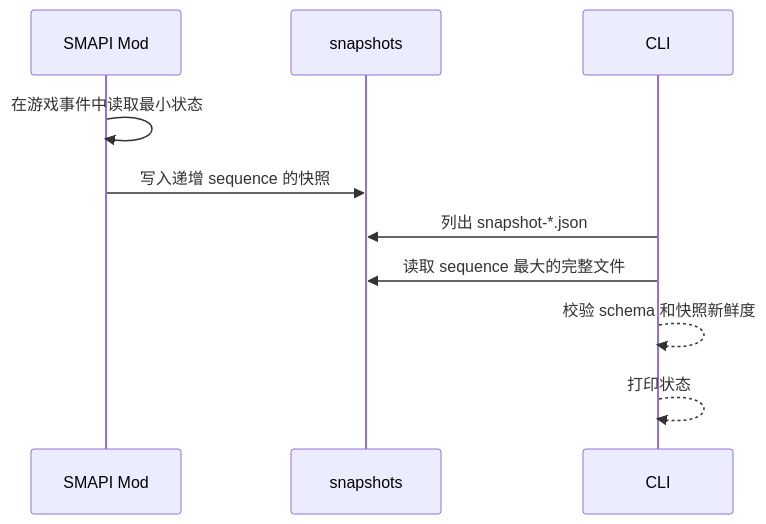
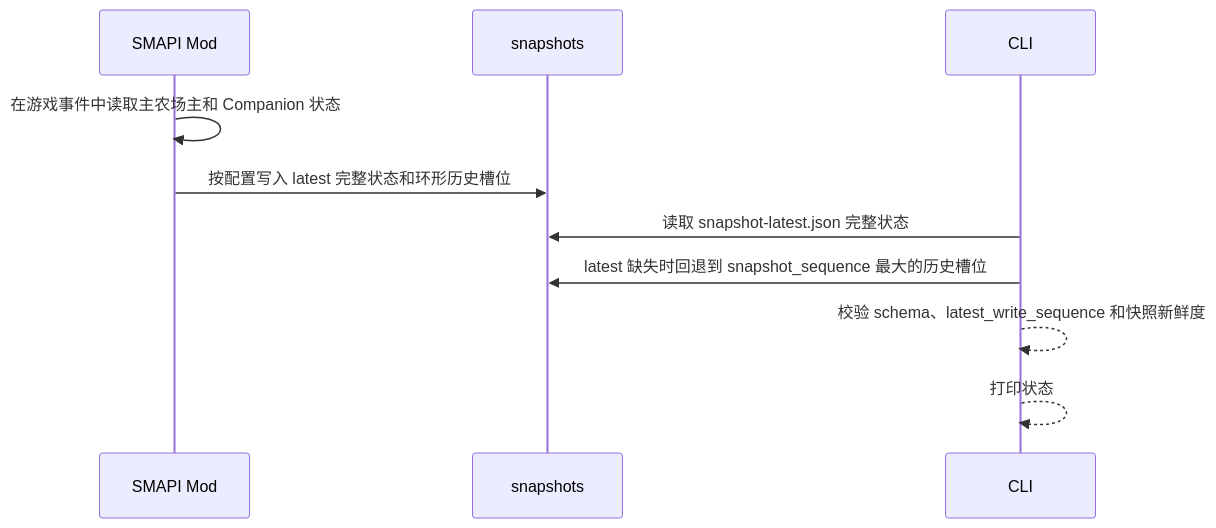
Before and after one commit to convexwf/stardew-agent: the third of 4 diagrams in doc/demo/cli-file-bridge.md, drawn with Mermaid. The commit also changed other lines of this file and 15 other files, not shown here.

````diff
--- a/doc/demo/cli-file-bridge.md
+++ b/doc/demo/cli-file-bridge.md
@@ -465,13 +468,13 @@
 ```mermaid
 sequenceDiagram
     participant M as SMAPI Mod
     participant S as snapshots
     participant C as CLI
 
-    M->>M: 在游戏事件中读取最小状态
-    M->>S: 写入递增 sequence 的快照
-    C->>S: 列出 snapshot-*.json
-    C->>S: 读取 sequence 最大的完整文件
-    C-->>C: 校验 schema 和快照新鲜度
+    M->>M: 在游戏事件中读取主农场主和 Companion 状态
+    M->>S: 按配置写入 latest 完整状态和环形历史槽位
+    C->>S: 读取 snapshot-latest.json 完整状态
+    C->>S: latest 缺失时回退到 snapshot_sequence 最大的历史槽位
+    C-->>C: 校验 schema、latest_write_sequence 和快照新鲜度
     C-->>C: 打印状态
 ```
````
